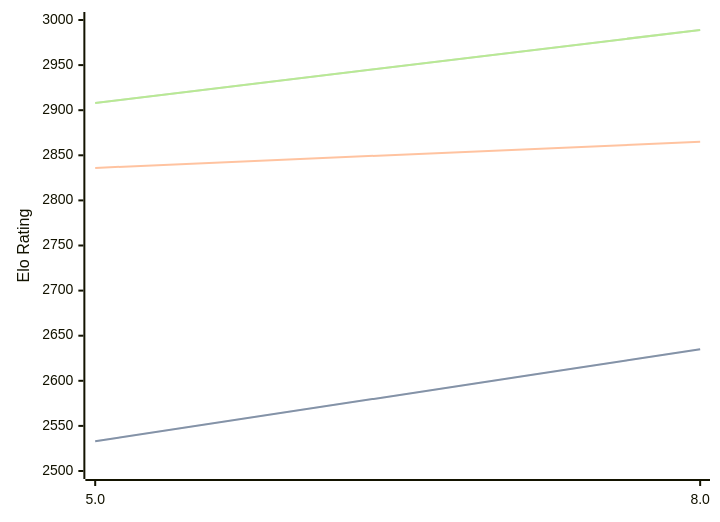
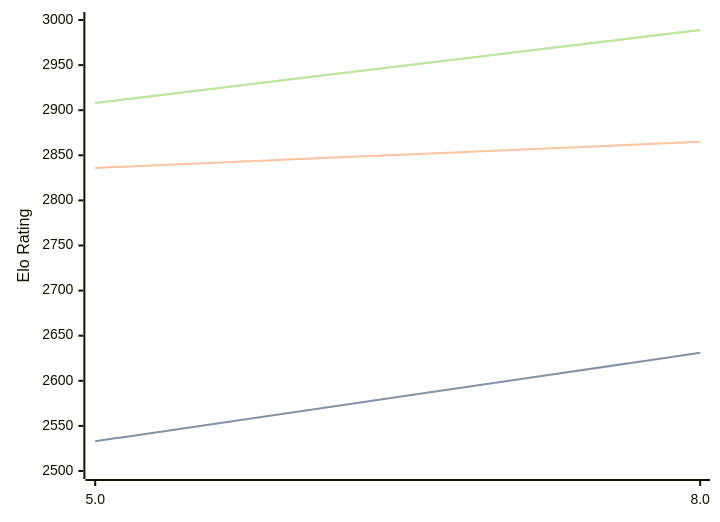
One commit to computer-chess-index/cci changed the diagram in engines/4kc.md. Above: the diagram before and after it, drawn with Mermaid. The commit also changed other lines of this file, not shown here.

````diff
--- a/engines/4kc.md
+++ b/engines/4kc.md
@@ -41,11 +41,11 @@
 ```mermaid
 %%{init: {"theme":"base","themeVariables":{"seriesColors:['#a3a3a3','#222221','#faa371']}}}%%
 xychart-beta
   x-axis ["5.0", "8.0"]
   y-axis "Elo Rating" 2500 --> 3000
-  line "STC (8.0+0.08s)" [2533, 2635]
-  line "STC (8.0+0.08s)" [2533, 2635]
+  line "STC (8.0+0.08s)" [2533, 2631]
+  line "STC (8.0+0.08s)" [2533, 2631]
   line "LTC (60.0+0.60s)" [2836, 2865]
   line "VLTC (2m24s+1.12s)" [2908, 2989]
   line "VLTC (2m24s+1.12s)" [2908, 2989]
 ```
````
